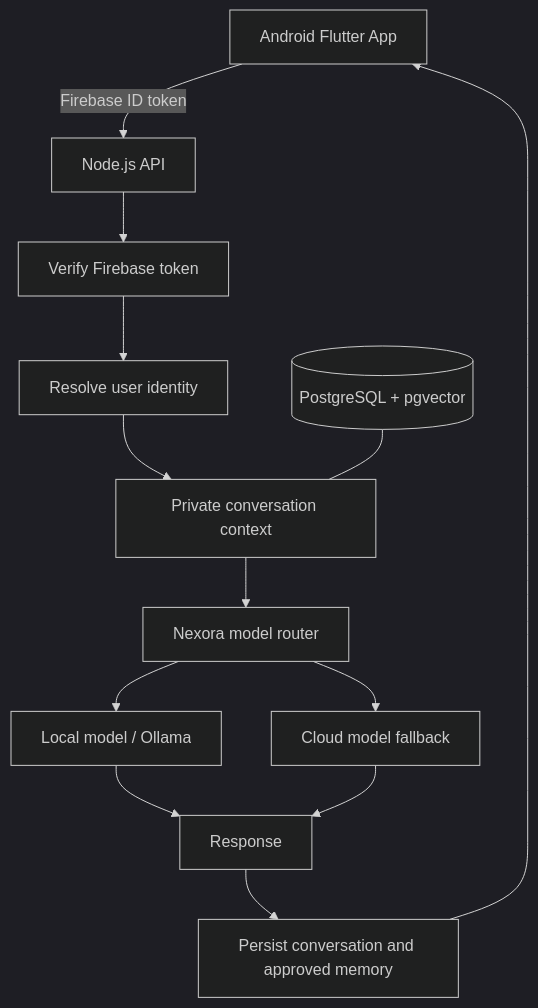
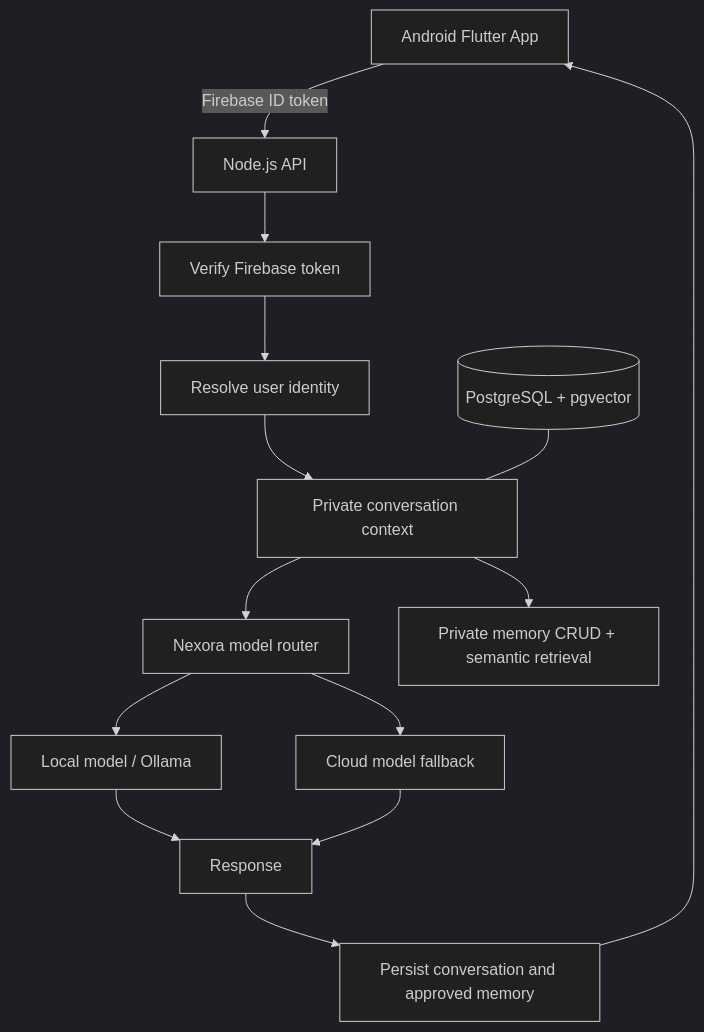
One commit to razzaqinspires/aisyah-nexora-android changed the diagram in docs/ARCHITECTURE.md. Above: the diagram before and after it, drawn with Mermaid (dark theme). The commit also changed other lines of this file and 52 other files, not shown here.

````diff
--- a/docs/ARCHITECTURE.md
+++ b/docs/ARCHITECTURE.md
@@ -13,15 +13,16 @@
 ```mermaid
 flowchart TD
   A[Android Flutter App] -->|Firebase ID token| B[Node.js API]
   B --> C[Verify Firebase token]
   C --> D[Resolve user identity]
   D --> E[Private conversation context]
   E --> F[Nexora model router]
   F --> G[Local model / Ollama]
   F --> H[Cloud model fallback]
   G --> I[Response]
   H --> I
   I --> J[Persist conversation and approved memory]
   J --> A
   K[(PostgreSQL + pgvector)] --- E
+  E --> L[Private memory CRUD + semantic retrieval]
 ```
````
